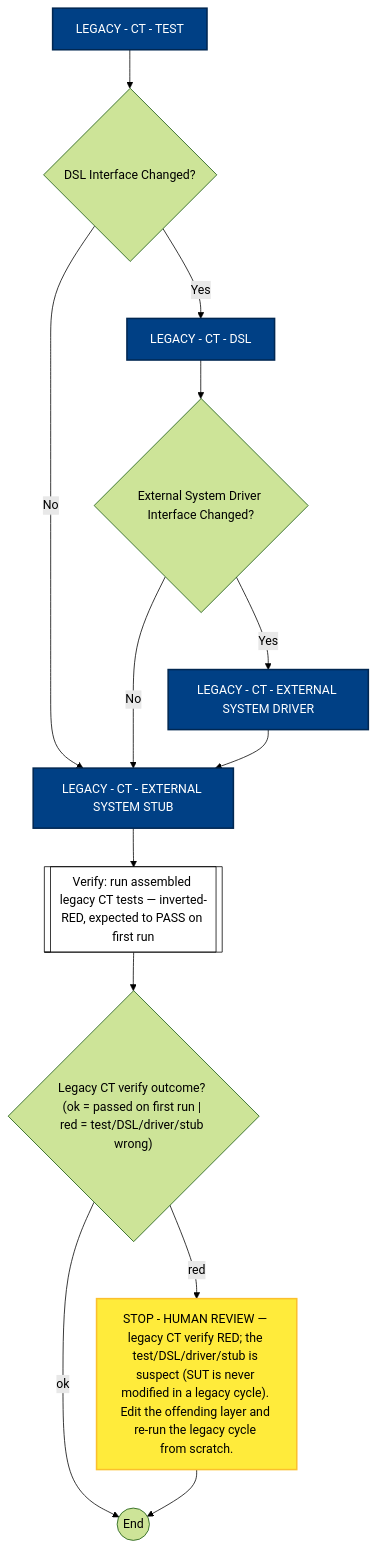
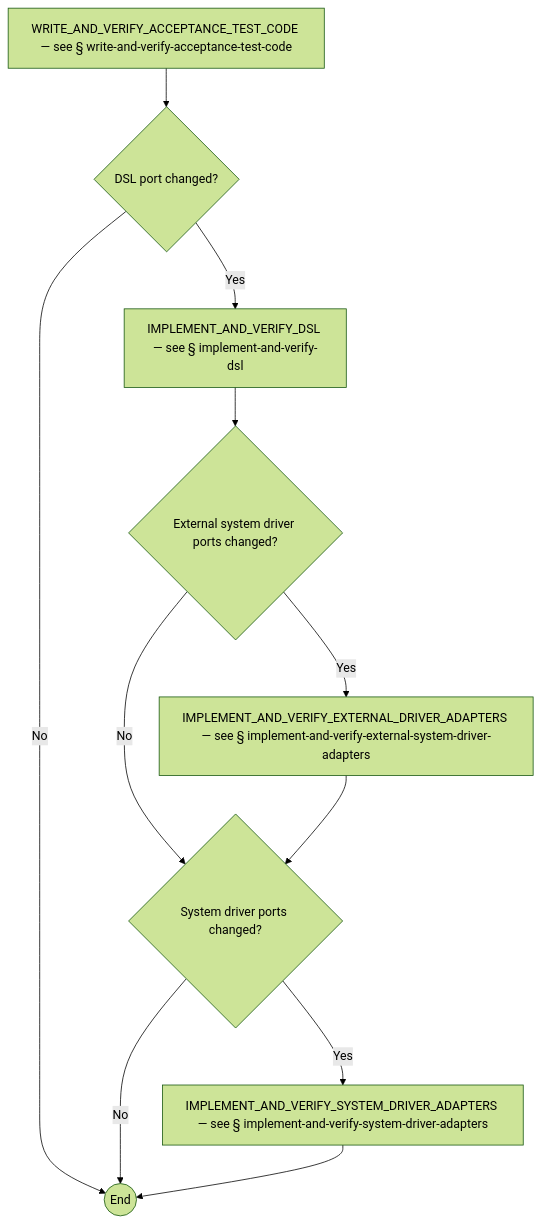
Before and after one commit to optivem/gh-optivem: diagram 15 of 51 in docs/process-diagram.md, drawn with Mermaid (forest theme). The commit also changed other lines of this file and 13 other files, not shown here.

````diff
--- a/docs/process-diagram.md
+++ b/docs/process-diagram.md
@@ -524,35 +241,22 @@
 ```mermaid
 flowchart TD
-    GATE_DSL_LEGACY_CT{DSL Interface Changed?}
-    GATE_EXT_LEGACY_CT{External System Driver Interface Changed?}
-    GATE_VERIFY_LEGACY_CT{"Legacy CT verify outcome? (ok = passed on first run | red = test/DSL/driver/stub wrong)"}
-    LEGACY_CT_DSL[LEGACY - CT - DSL]
-    LEGACY_CT_END((End))
-    LEGACY_CT_EXTERNAL_SYSTEM_DRIVER[LEGACY - CT - EXTERNAL SYSTEM DRIVER]
-    LEGACY_CT_EXTERNAL_SYSTEM_STUB[LEGACY - CT - EXTERNAL SYSTEM STUB]
-    LEGACY_CT_TEST[LEGACY - CT - TEST]
-    STOP_LEGACY_CT_VERIFY_FAILED["STOP - HUMAN REVIEW — legacy CT verify RED; the test/DSL/driver/stub is suspect (SUT is never modified in a legacy cycle). Edit the offending layer and re-run the legacy cycle from scratch."]
-    VERIFY_LEGACY_CT[[Verify: run assembled legacy CT tests — inverted-RED, expected to PASS on first run]]
+    GATE_DSL_PORT_CHANGED{DSL port changed?}
+    GATE_EXTERNAL_DRIVER_PORTS_CHANGED{External system driver ports changed?}
+    GATE_SYSTEM_DRIVER_PORTS_CHANGED{System driver ports changed?}
+    IMPLEMENT_AND_VERIFY_DSL[IMPLEMENT_AND_VERIFY_DSL — see § implement-and-verify-dsl]
+    IMPLEMENT_AND_VERIFY_EXTERNAL_DRIVER_ADAPTERS[IMPLEMENT_AND_VERIFY_EXTERNAL_DRIVER_ADAPTERS — see § implement-and-verify-external-system-driver-adapters]
+    IMPLEMENT_AND_VERIFY_SYSTEM_DRIVER_ADAPTERS[IMPLEMENT_AND_VERIFY_SYSTEM_DRIVER_ADAPTERS — see § implement-and-verify-system-driver-adapters]
+    WAV_AT_END((End))
+    WRITE_AND_VERIFY_ACCEPTANCE_TEST_CODE[WRITE_AND_VERIFY_ACCEPTANCE_TEST_CODE — see § write-and-verify-acceptance-test-code]
 
-    LEGACY_CT_TEST --> GATE_DSL_LEGACY_CT
-    GATE_DSL_LEGACY_CT -- Yes --> LEGACY_CT_DSL
-    GATE_DSL_LEGACY_CT -- No --> LEGACY_CT_EXTERNAL_SYSTEM_STUB
-    LEGACY_CT_DSL --> GATE_EXT_LEGACY_CT
-    GATE_EXT_LEGACY_CT -- Yes --> LEGACY_CT_EXTERNAL_SYSTEM_DRIVER
-    GATE_EXT_LEGACY_CT -- No --> LEGACY_CT_EXTERNAL_SYSTEM_STUB
-    LEGACY_CT_EXTERNAL_SYSTEM_DRIVER --> LEGACY_CT_EXTERNAL_SYSTEM_STUB
-    LEGACY_CT_EXTERNAL_SYSTEM_STUB --> VERIFY_LEGACY_CT
-    VERIFY_LEGACY_CT --> GATE_VERIFY_LEGACY_CT
-    GATE_VERIFY_LEGACY_CT -- ok --> LEGACY_CT_END
-    GATE_VERIFY_LEGACY_CT -- red --> STOP_LEGACY_CT_VERIFY_FAILED
-    STOP_LEGACY_CT_VERIFY_FAILED --> LEGACY_CT_END
-
-    classDef serviceNode fill:#ffffff,stroke:#000000,stroke-width:1px,color:#000000
-    class VERIFY_LEGACY_CT serviceNode
-
-    classDef agentNode fill:#004085,stroke:#002752,stroke-width:2px,color:#ffffff
-    class LEGACY_CT_DSL,LEGACY_CT_EXTERNAL_SYSTEM_DRIVER,LEGACY_CT_EXTERNAL_SYSTEM_STUB,LEGACY_CT_TEST agentNode
-
-    classDef humanNode fill:#ffeb3b,stroke:#fbc02d,stroke-width:2px,color:#000000
-    class STOP_LEGACY_CT_VERIFY_FAILED humanNode
+    WRITE_AND_VERIFY_ACCEPTANCE_TEST_CODE --> GATE_DSL_PORT_CHANGED
+    GATE_DSL_PORT_CHANGED -- Yes --> IMPLEMENT_AND_VERIFY_DSL
+    GATE_DSL_PORT_CHANGED -- No --> WAV_AT_END
+    IMPLEMENT_AND_VERIFY_DSL --> GATE_EXTERNAL_DRIVER_PORTS_CHANGED
+    GATE_EXTERNAL_DRIVER_PORTS_CHANGED -- Yes --> IMPLEMENT_AND_VERIFY_EXTERNAL_DRIVER_ADAPTERS
+    GATE_EXTERNAL_DRIVER_PORTS_CHANGED -- No --> GATE_SYSTEM_DRIVER_PORTS_CHANGED
+    IMPLEMENT_AND_VERIFY_EXTERNAL_DRIVER_ADAPTERS --> GATE_SYSTEM_DRIVER_PORTS_CHANGED
+    GATE_SYSTEM_DRIVER_PORTS_CHANGED -- Yes --> IMPLEMENT_AND_VERIFY_SYSTEM_DRIVER_ADAPTERS
+    GATE_SYSTEM_DRIVER_PORTS_CHANGED -- No --> WAV_AT_END
+    IMPLEMENT_AND_VERIFY_SYSTEM_DRIVER_ADAPTERS --> WAV_AT_END
 ```
````
